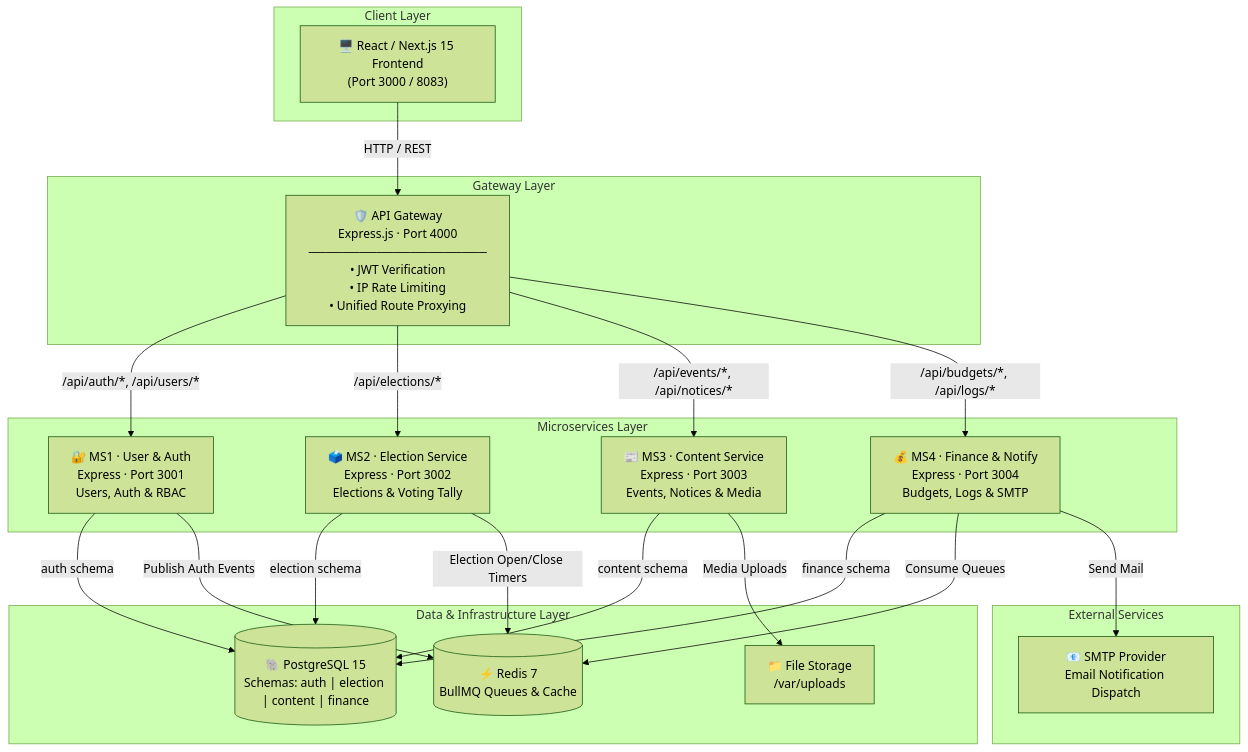
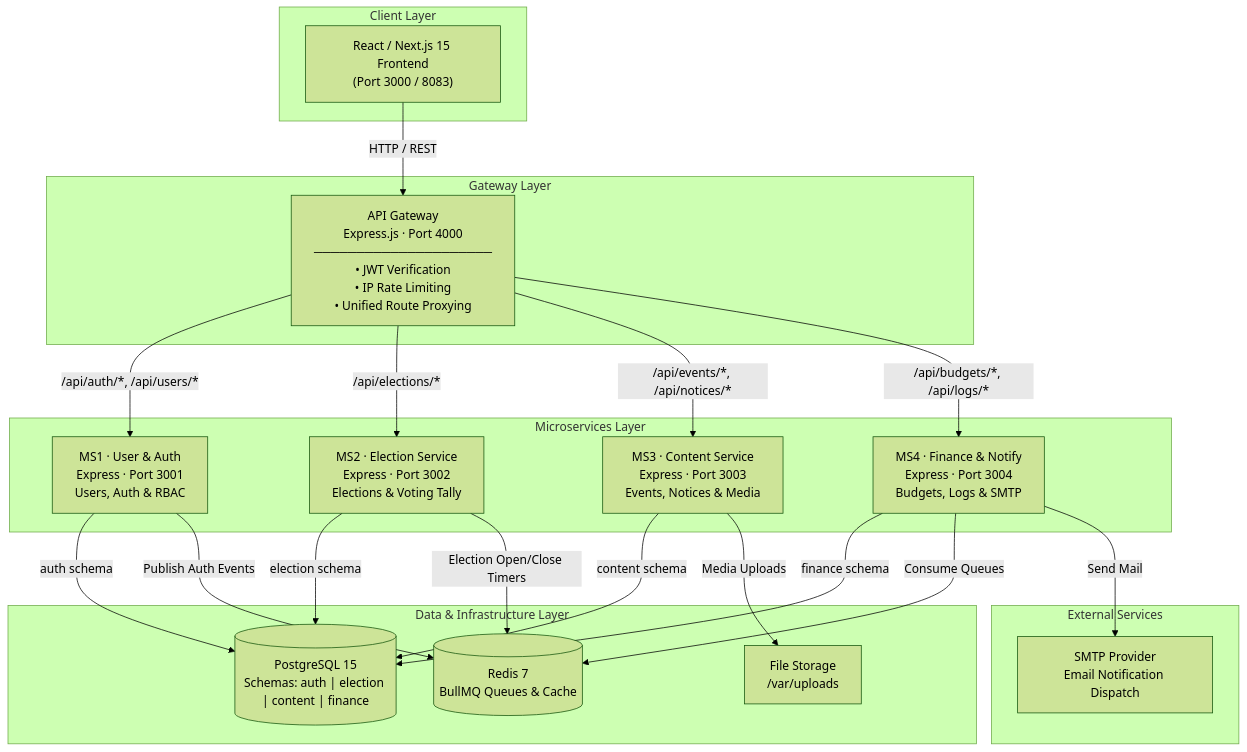
One commit to SudinsHub/CSEDUSC-by-Formula1 changed the diagram in README.md. Above: the diagram before and after it, drawn with Mermaid (forest theme). The commit also changed other lines of this file, not shown here.

````diff
--- a/README.md
+++ b/README.md
@@ -81,45 +80,45 @@
 ```mermaid
 flowchart TB
     subgraph ClientLayer[" Client Layer "]
-        Browser["🖥️ React / Next.js 15 Frontend\n(Port 3000 / 8083)"]
+        Browser["React / Next.js 15 Frontend\n(Port 3000 / 8083)"]
     end
 
     subgraph GatewayLayer[" Gateway Layer "]
-        GW["🛡️ API Gateway\nExpress.js · Port 4000\n─────────────────────\n• JWT Verification\n• IP Rate Limiting\n• Unified Route Proxying"]
+        GW["API Gateway\nExpress.js · Port 4000\n─────────────────────\n• JWT Verification\n• IP Rate Limiting\n• Unified Route Proxying"]
     end
 
     subgraph ServiceLayer[" Microservices Layer "]
-        MS1["🔐 MS1 · User & Auth\nExpress · Port 3001\nUsers, Auth & RBAC"]
-        MS2["🗳️ MS2 · Election Service\nExpress · Port 3002\nElections & Voting Tally"]
-        MS3["📰 MS3 · Content Service\nExpress · Port 3003\nEvents, Notices & Media"]
-        MS4["💰 MS4 · Finance & Notify\nExpress · Port 3004\nBudgets, Logs & SMTP"]
+        MS1["MS1 · User & Auth\nExpress · Port 3001\nUsers, Auth & RBAC"]
+        MS2["MS2 · Election Service\nExpress · Port 3002\nElections & Voting Tally"]
+        MS3["MS3 · Content Service\nExpress · Port 3003\nEvents, Notices & Media"]
+        MS4["MS4 · Finance & Notify\nExpress · Port 3004\nBudgets, Logs & SMTP"]
     end
 
     subgraph DataLayer[" Data & Infrastructure Layer "]
-        PG[("🐘 PostgreSQL 15\nSchemas: auth | election | content | finance")]
-        Redis[("⚡ Redis 7\nBullMQ Queues & Cache")]
-        FS["📁 File Storage\n/var/uploads"]
+        PG[("PostgreSQL 15\nSchemas: auth | election | content | finance")]
+        Redis[("Redis 7\nBullMQ Queues & Cache")]
+        FS["File Storage\n/var/uploads"]
     end
 
     subgraph External[" External Services "]
-        SMTP["📧 SMTP Provider\nEmail Notification Dispatch"]
+        SMTP["SMTP Provider\nEmail Notification Dispatch"]
     end
 
     Browser -->|"HTTP / REST"| GW
 
     GW -->|"/api/auth/*, /api/users/*"| MS1
     GW -->|"/api/elections/*"| MS2
     GW -->|"/api/events/*, /api/notices/*"| MS3
     GW -->|"/api/budgets/*, /api/logs/*"| MS4
 
     MS1 -->|"auth schema"| PG
     MS2 -->|"election schema"| PG
     MS3 -->|"content schema"| PG
     MS4 -->|"finance schema"| PG
 
     MS3 -->|"Media Uploads"| FS
     MS1 -->|"Publish Auth Events"| Redis
     MS2 -->|"Election Open/Close Timers"| Redis
     MS4 -->|"Consume Queues"| Redis
     MS4 -->|"Send Mail"| SMTP
 ```
````
